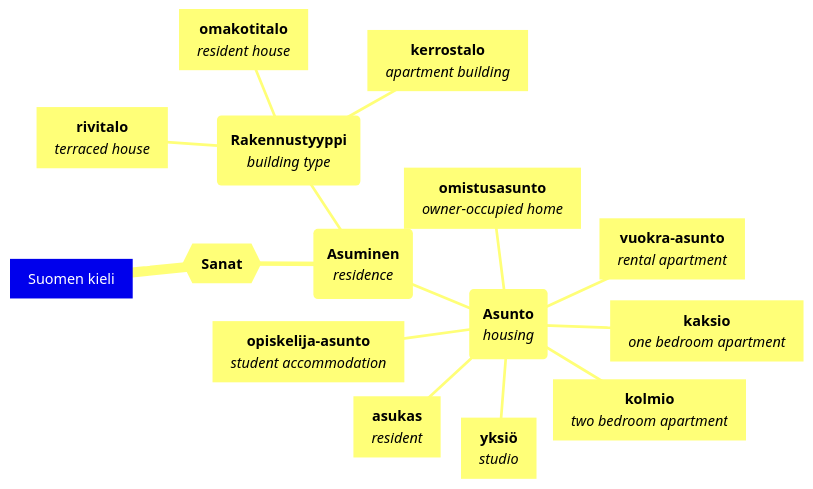
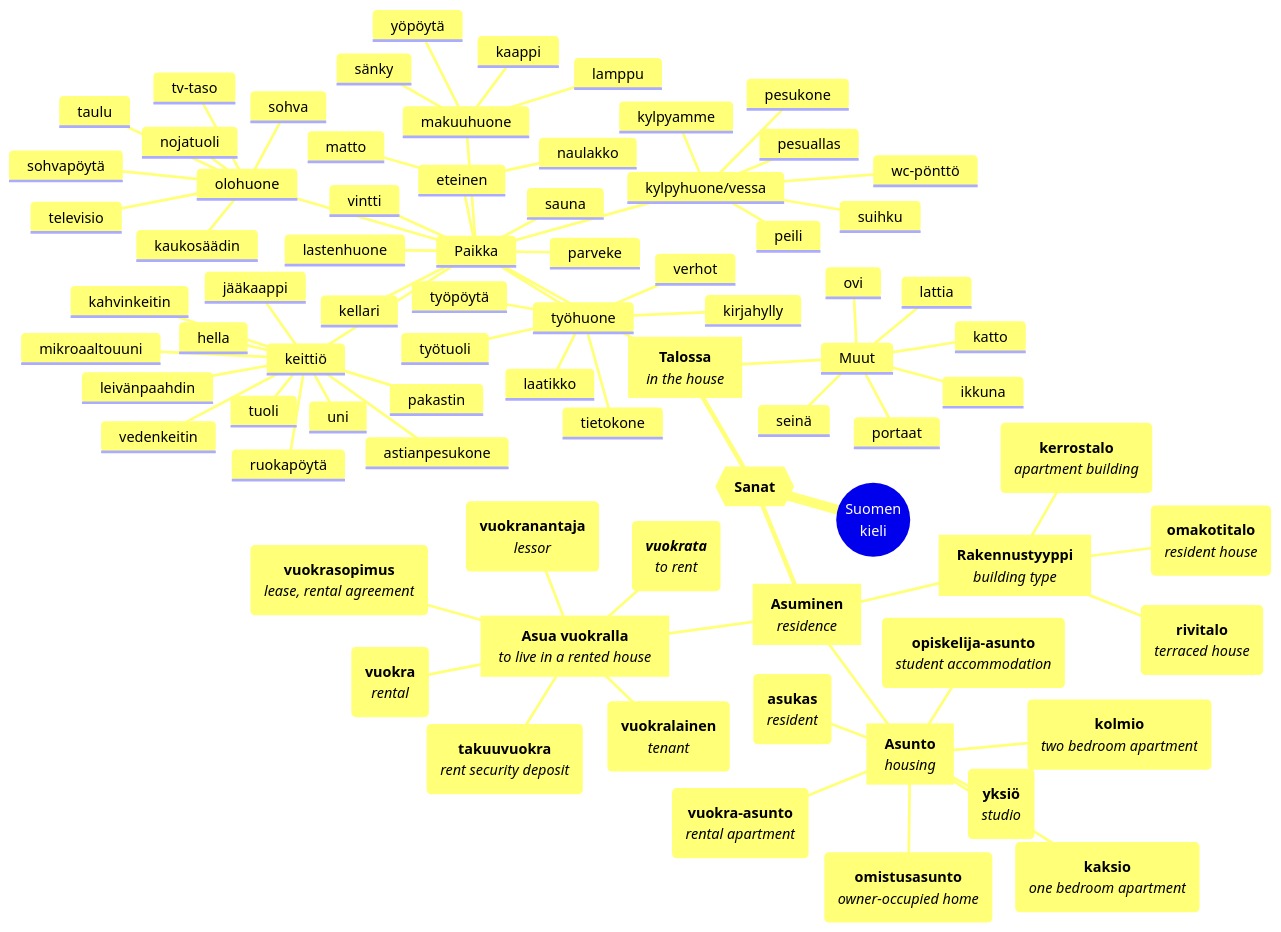
One commit to thanh-ha-nguyen/suomen-kieli changed the diagram in README.md. Above: the diagram before and after it, drawn with Mermaid.

Commit message:
Add new words

````diff
--- a/README.md
+++ b/README.md
@@ -5,32 +5,104 @@
 title: Suomen kieli
 ---
 mindmap
-root[Suomen kieli]
+root((Suomen 
+    kieli))
   Sanat{{**Sanat**}}
-    Asuminen(**Asuminen**
-        *residence*)
-      Rakennustyyppi(**Rakennustyyppi**
-          *building type*)
-        omakotitalo[**omakotitalo**
-            *resident house*]
-        kerrostalo[**kerrostalo**
-            *apartment building*]
-        rivitalo[**rivitalo**
-            *terraced house*]      
-      Asunto(**Asunto**
-          *housing*)
-        yksiö[**yksiö**
-            *studio*]
-        kaksio[**kaksio**
-            *one bedroom apartment*]
-        kolmio[**kolmio**
-            *two bedroom apartment*]
-        vuokra-asunto[**vuokra-asunto**
-            *rental apartment*]
-        omistusasunto[**omistusasunto**
-            *owner-occupied home*]
-        opiskelija-asunto[**opiskelija-asunto**
-            *student accommodation*]
-        asukas[**asukas**
-            *resident*]
+    Talosaa[**Talossa**
+        *in the house*]
+      Paikka
+        vintti
+        lastenhuone
+        parveke
+        sauna
+        kellari
+        keittiö
+          ruokapöytä
+          tuoli
+          astianpesukone
+          jääkaappi
+          pakastin
+          hella
+          uni
+          mikroaaltouuni
+          kahvinkeitin
+          vedenkeitin
+          leivänpaahdin
+        olohuone
+          sohva
+          sohvapöytä
+          nojatuoli
+          televisio
+          kaukosäädin
+          tv-taso
+          taulu
+        työhuone
+          työtuoli
+          työpöytä
+          laatikko
+          kirjahylly
+          tietokone
+          verhot
+        makuuhuone
+          sänky
+          yöpöytä
+          kaappi
+          lamppu
+        kylpyhuone/vessa
+          suihku
+          kylpyamme
+          pesuallas
+          wc-pönttö
+          peili
+          pesukone
+        eteinen
+          naulakko
+          matto
+      Muut
+        lattia
+        katto
+        seinä
+        ovi
+        ikkuna
+        portaat
+    Asuminen[**Asuminen**
+        *residence*]
+      Rakennustyyppi[**Rakennustyyppi**
+          *building type*]
+        omakotitalo(**omakotitalo**
+            *resident house*)
+        kerrostalo(**kerrostalo**
+            *apartment building*)
+        rivitalo(**rivitalo**
+            *terraced house*)      
+      Asunto[**Asunto**
+          *housing*]
+        yksiö(**yksiö**
+            *studio*)
+        kaksio(**kaksio**
+            *one bedroom apartment*)
+        kolmio(**kolmio**
+            *two bedroom apartment*)
+        vuokra-asunto(**vuokra-asunto**
+            *rental apartment*)
+        omistusasunto(**omistusasunto**
+            *owner-occupied home*)
+        opiskelija-asunto(**opiskelija-asunto**
+            *student accommodation*)
+        asukas(**asukas**
+            *resident*)
+      Asua vuokralla[**Asua vuokralla**
+          *to live in a rented house*]
+        vuokrata(**_vuokrata_**
+            *to rent*)
+        vuokra(**vuokra**
+            *rental*)
+        vuokrasopimus(**vuokrasopimus**
+            *lease, rental agreement*)
+        vuokranantaja(**vuokranantaja**
+            *lessor*)
+        vuokralainen(**vuokralainen**
+            *tenant*)
+        takuuvuokra(**takuuvuokra**
+            *rent security deposit*)
 ```
````
